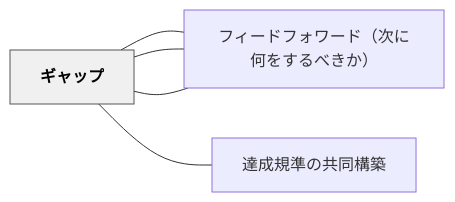
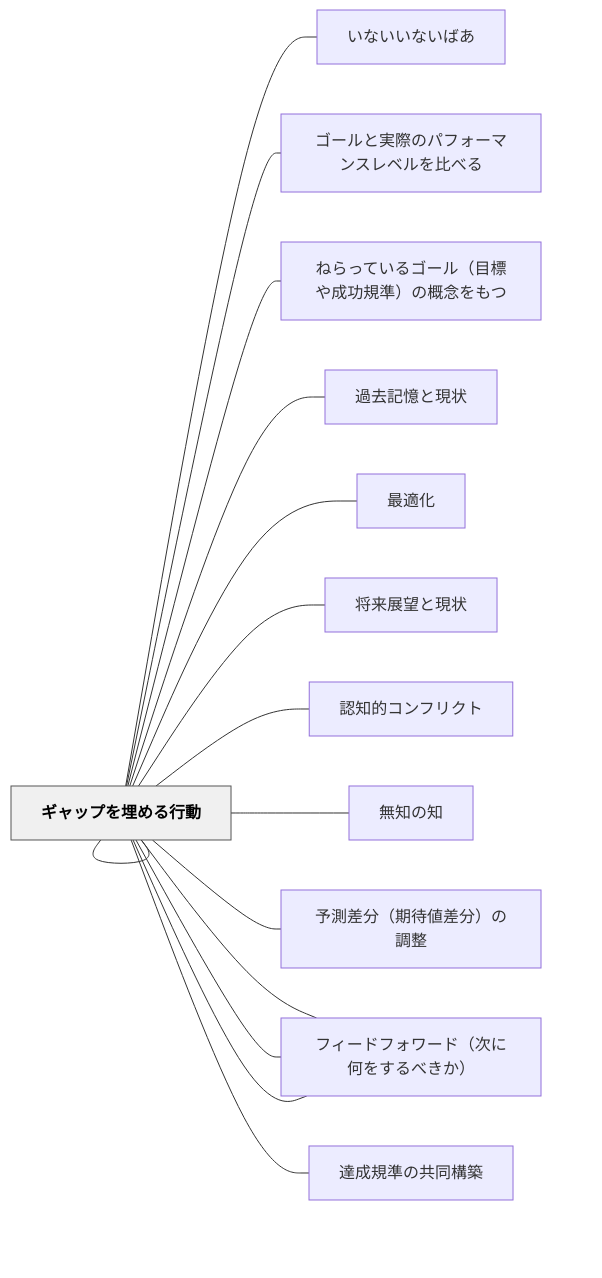
The diagram in content/パタン/ギャップ.md (unknownthings-ed-patterns/unknownthings-ed-patterns), drawn with Mermaid before and after one commit. The commit also changed other lines of this file and 473 other files, not shown here.

````diff
--- a/content/パタン/ギャップ.md
+++ b/content/パタン/ギャップ.md
@@ -52,16 +62,36 @@
 ```mermaid
 flowchart LR
     ne382aee383a3["ギャップ"]
+    ne38184e381aa["いないいないばあ"]
+    ne382aee383a3["ギャップを埋める行動"]
+    ne382b4e383bc["ゴールと実際のパフォーマンスレベルを比べる"]
+    ne381ade38289["ねらっているゴール（目標や成功規準）の概念をもつ"]
+    ne9818ee58ebb["過去記憶と現状"]
+    ne69c80e981a9["最適化"]
+    ne5b086e69da5["将来展望と現状"]
+    ne8aa8de79fa5["認知的コンフリクト"]
+    ne784a1e79fa5["無知の知"]
+    ne4ba88e6b8ac["予測差分（期待値差分）の調整"]
     ne38395e382a3["フィードバック"]
     ne38395e382a3["フィードアップ（どこに向かっているのか）"]
     ne38395e382a3["フィードフォワード（次に何をするべきか）"]
     ne98194e68890["達成規準の共同構築"]
 
+    ne382aee383a3 --- ne38184e381aa
+    ne382aee383a3 --- ne382aee383a3
+    ne382aee383a3 --- ne382b4e383bc
+    ne382aee383a3 --- ne381ade38289
+    ne382aee383a3 --- ne9818ee58ebb
+    ne382aee383a3 --- ne69c80e981a9
+    ne382aee383a3 --- ne5b086e69da5
+    ne382aee383a3 --- ne8aa8de79fa5
+    ne382aee383a3 --- ne784a1e79fa5
+    ne382aee383a3 --- ne4ba88e6b8ac
     ne382aee383a3 --- ne38395e382a3
     ne382aee383a3 --- ne38395e382a3
     ne382aee383a3 --- ne38395e382a3
     ne382aee383a3 --- ne98194e68890
 
     classDef hub fill:#f0f0f0,stroke:#555,color:#000,font-weight:bold
     class ne382aee383a3 hub
 ```
````
